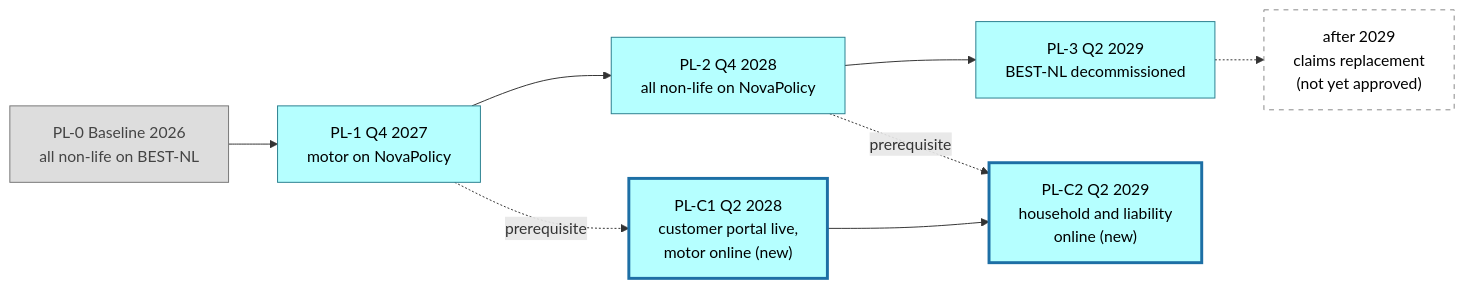
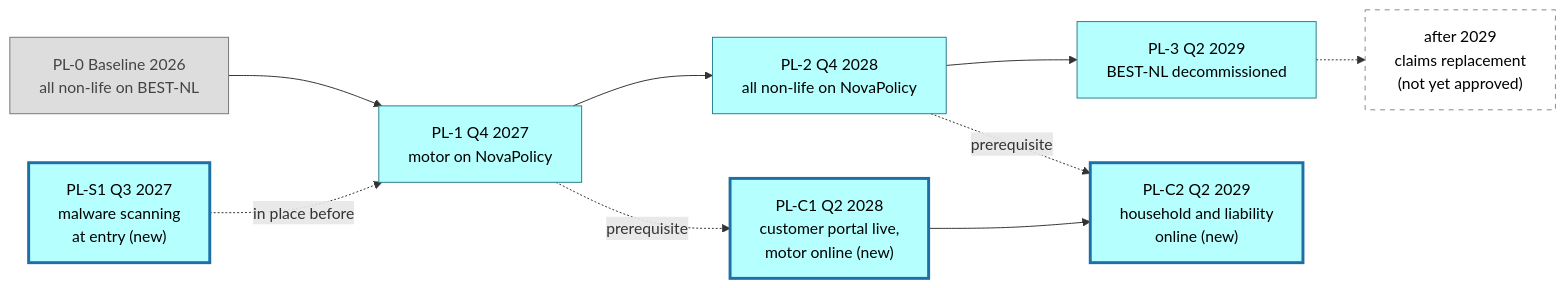
Before and after one commit to ArthurNeudeck/neudeck.gihub.io: the fourth of 4 diagrams in docs/architecture/blueprints/example/01-enterprise-blueprint-aurora.md, drawn with Mermaid. The commit also changed other lines of this file and 22 other files, not shown here.

First line of the commit message:
Add standard-driven enhancement: malware scanning at entry

````diff
--- a/docs/architecture/blueprints/example/01-enterprise-blueprint-aurora.md
+++ b/docs/architecture/blueprints/example/01-enterprise-blueprint-aurora.md
@@ -241,24 +245,26 @@
 ```mermaid
 flowchart LR
   PL0["PL-0 Baseline 2026<br/>all non-life on BEST-NL"]:::legacy
   PL1["PL-1 Q4 2027<br/>motor on NovaPolicy"]:::app
   PL2["PL-2 Q4 2028<br/>all non-life on NovaPolicy"]:::app
   PL3["PL-3 Q2 2029<br/>BEST-NL decommissioned"]:::app
   NXT["after 2029<br/>claims replacement<br/>(not yet approved)"]:::temp
   PLC1["PL-C1 Q2 2028<br/>customer portal live,<br/>motor online (new)"]:::new
   PLC2["PL-C2 Q2 2029<br/>household and liability<br/>online (new)"]:::new
   PL0 --> PL1 --> PL2 --> PL3 -.-> NXT
   PLC1 --> PLC2
   PL1 -.->|prerequisite| PLC1
   PL2 -.->|prerequisite| PLC2
+  PLS1["PL-S1 Q3 2027<br/>malware scanning<br/>at entry (new)"]:::new
+  PLS1 -.->|"in place before"| PL1
   classDef app fill:#b5ffff,stroke:#2a7f8f,color:#000
   classDef biz fill:#ffffb5,stroke:#a89a2b,color:#000
   classDef tech fill:#c9e7b7,stroke:#4b7f3a,color:#000
   classDef ext fill:#eeeeee,stroke:#888,color:#000
   classDef red fill:#f5a3a3,stroke:#b03030,color:#000
   classDef amber fill:#ffd591,stroke:#c98a00,color:#000
   classDef green fill:#b7e4b0,stroke:#3c8a32,color:#000
   classDef temp fill:#ffffff,stroke:#888,stroke-dasharray:5 5,color:#000
   classDef legacy fill:#dddddd,stroke:#777,color:#444
   classDef new fill:#b5ffff,stroke:#1d6fa5,stroke-width:3px,color:#000
 ```
````
